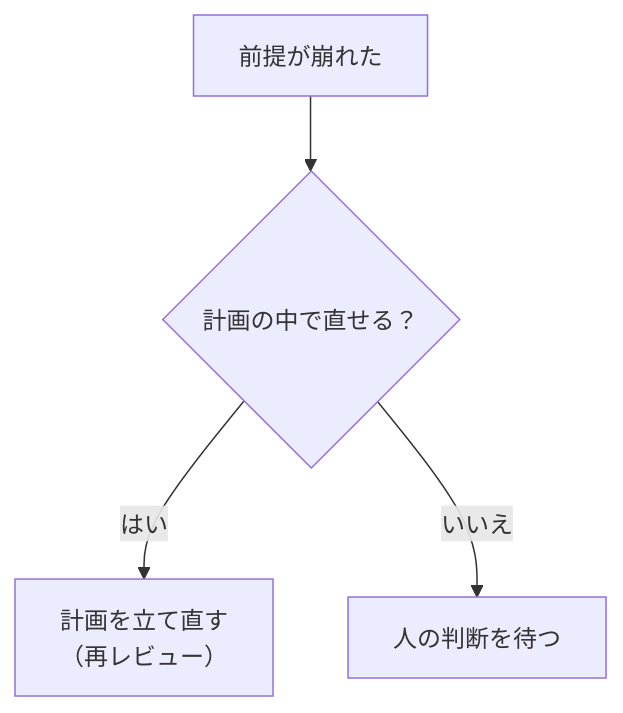
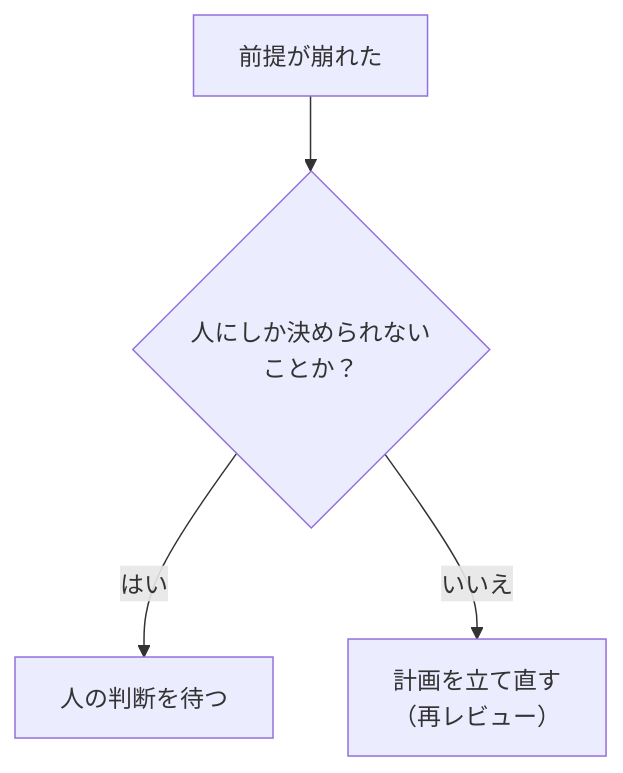
One commit to s977043/my-blog changed the diagram in books/plangate-guide/06_boundaries-and-stops.md. Above: the diagram before and after it, drawn with Mermaid. The commit also changed other lines of this file and 10 other files, not shown here.

````diff
--- a/books/plangate-guide/06_boundaries-and-stops.md
+++ b/books/plangate-guide/06_boundaries-and-stops.md
@@ -37,6 +37,6 @@
 ```mermaid
 flowchart TD
-    A["前提が崩れた"] --> B{"計画の中で直せる？"}
-    B -->|"はい"| C["計画を立て直す<br/>（再レビュー）"]
-    B -->|"いいえ"| D["人の判断を待つ"]
+    A["前提が崩れた"] --> B{"人にしか決められない<br/>ことか？"}
+    B -->|"はい"| D["人の判断を待つ"]
+    B -->|"いいえ"| C["計画を立て直す<br/>（再レビュー）"]
 ```
````
